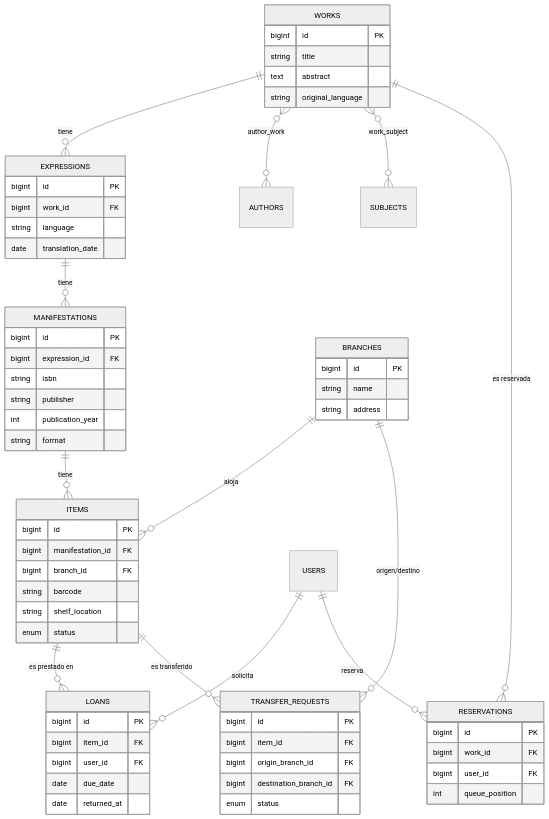
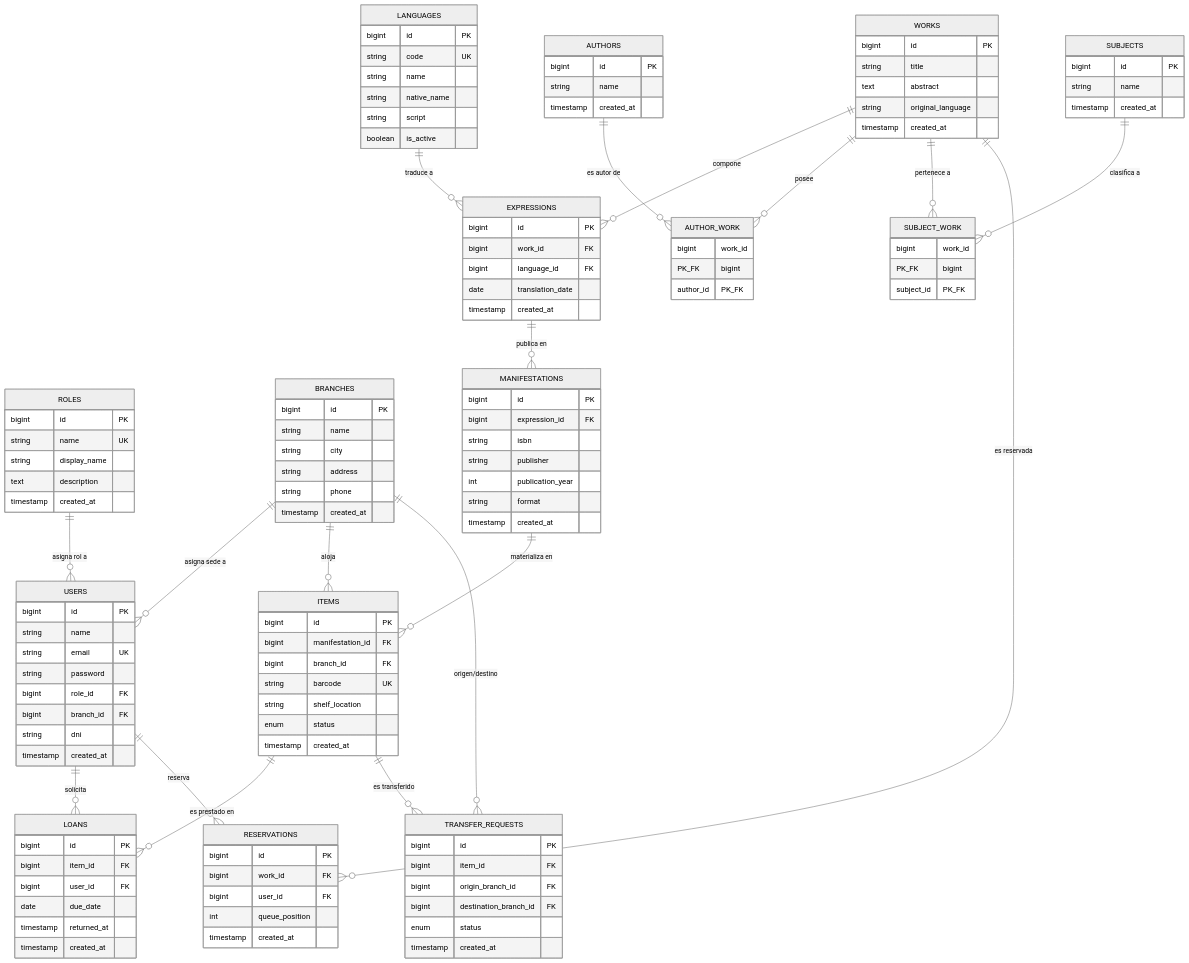
Before and after one commit to Roddorr2/folium-app: the second of 5 diagrams in docs/architecture.md, drawn with Mermaid (neutral theme). The commit also changed other lines of this file and 3 other files, not shown here.

Commit message:
docs: update architecture, functional requirements, and user stories

````diff
--- a/docs/architecture.md
+++ b/docs/architecture.md
@@ -65,11 +68,16 @@
 ```mermaid
 erDiagram
-    WORKS ||--o{ EXPRESSIONS : "tiene"
-    EXPRESSIONS ||--o{ MANIFESTATIONS : "tiene"
-    MANIFESTATIONS ||--o{ ITEMS : "tiene"
-    WORKS }o--o{ AUTHORS : "author_work"
-    WORKS }o--o{ SUBJECTS : "work_subject"
+    ROLES ||--o{ USERS : "asigna rol a"
+    BRANCHES ||--o{ USERS : "asigna sede a"
     BRANCHES ||--o{ ITEMS : "aloja"
+    LANGUAGES ||--o{ EXPRESSIONS : "traduce a"
+    WORKS ||--o{ EXPRESSIONS : "compone"
+    EXPRESSIONS ||--o{ MANIFESTATIONS : "publica en"
+    MANIFESTATIONS ||--o{ ITEMS : "materializa en"
+    WORKS ||--o{ AUTHOR_WORK : "posee"
+    AUTHORS ||--o{ AUTHOR_WORK : "es autor de"
+    WORKS ||--o{ SUBJECT_WORK : "pertenece a"
+    SUBJECTS ||--o{ SUBJECT_WORK : "clasifica a"
     USERS ||--o{ LOANS : "solicita"
     ITEMS ||--o{ LOANS : "es prestado en"
     USERS ||--o{ RESERVATIONS : "reserva"
@@ -77,18 +85,81 @@
     ITEMS ||--o{ TRANSFER_REQUESTS : "es transferido"
     BRANCHES ||--o{ TRANSFER_REQUESTS : "origen/destino"
 
+    ROLES {
+        bigint id PK
+        string name UK
+        string display_name
+        text description
+        timestamp created_at
+    }
+
+    USERS {
+        bigint id PK
+        string name
+        string email UK
+        string password
+        bigint role_id FK
+        bigint branch_id FK
+        string dni
+        timestamp created_at
+    }
+
+    LANGUAGES {
+        bigint id PK
+        string code UK
+        string name
+        string native_name
+        string script
+        boolean is_active
+    }
+
+    BRANCHES {
+        bigint id PK
+        string name
+        string city
+        string address
+        string phone
+        timestamp created_at
+    }
+
     WORKS {
         bigint id PK
         string title
         text abstract
         string original_language
+        timestamp created_at
     }
+
+    AUTHORS {
+        bigint id PK
+        string name
+        timestamp created_at
+    }
+
+    SUBJECTS {
+        bigint id PK
+        string name
+        timestamp created_at
+    }
+
+    AUTHOR_WORK {
+        bigint work_id PK_FK
+        bigint author_id PK_FK
+    }
+
+    SUBJECT_WORK {
+        bigint work_id PK_FK
+        bigint subject_id PK_FK
+    }
+
     EXPRESSIONS {
         bigint id PK
         bigint work_id FK
-        string language
+        bigint language_id FK
         date translation_date
+        timestamp created_at
     }
+
     MANIFESTATIONS {
         bigint id PK
         bigint expression_id FK
@@ -96,38 +167,42 @@
         string publisher
         int publication_year
         string format
+        timestamp created_at
     }
+
     ITEMS {
         bigint id PK
         bigint manifestation_id FK
         bigint branch_id FK
-        string barcode
+        string barcode UK
         string shelf_location
         enum status
+        timestamp created_at
     }
-    BRANCHES {
-        bigint id PK
-        string name
-        string address
-    }
+
     LOANS {
         bigint id PK
         bigint item_id FK
         bigint user_id FK
         date due_date
-        date returned_at
+        timestamp returned_at
+        timestamp created_at
     }
+
     RESERVATIONS {
         bigint id PK
         bigint work_id FK
         bigint user_id FK
         int queue_position
+        timestamp created_at
     }
+
     TRANSFER_REQUESTS {
         bigint id PK
         bigint item_id FK
         bigint origin_branch_id FK
         bigint destination_branch_id FK
         enum status
+        timestamp created_at
     }
 ```
````
